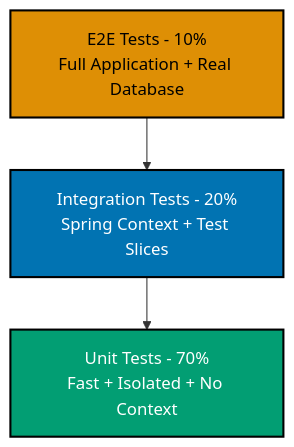
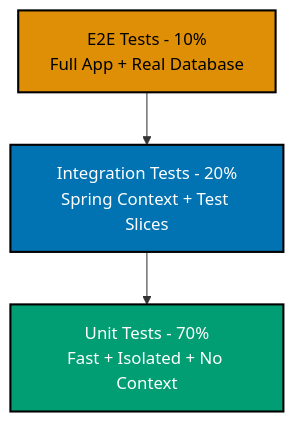
Before and after one commit to wahidyankf/open-sharia-enterprise: the diagram in docs/explanation/software-engineering/platform-web/tools/jvm-spring-boot/testing.md, drawn with Mermaid. The commit also changed 22 other files, not shown here.

First line of the commit message:
fix(docs): fix mermaid violations in platform-web docs

````diff
--- a/docs/explanation/software-engineering/platform-web/tools/jvm-spring-boot/testing.md
+++ b/docs/explanation/software-engineering/platform-web/tools/jvm-spring-boot/testing.md
@@ -52,16 +52,16 @@
 ```mermaid
 %% Color Palette: Blue #0173B2, Orange #DE8F05, Teal #029E73
 %% All colors are color-blind friendly and meet WCAG AA contrast standards
 
 graph TD
-    A[E2E Tests - 10%<br/>Full Application + Real Database]:::e2e
+    A[E2E Tests - 10%<br/>Full App + Real Database]:::e2e
     B[Integration Tests - 20%<br/>Spring Context + Test Slices]:::integration
     C[Unit Tests - 70%<br/>Fast + Isolated + No Context]:::unit
 
     A --> B
     B --> C
 
     classDef e2e fill:#DE8F05,stroke:#000,stroke-width:2px,color:#000
     classDef integration fill:#0173B2,stroke:#000,stroke-width:2px,color:#fff
     classDef unit fill:#029E73,stroke:#000,stroke-width:2px,color:#fff
 ```
````
